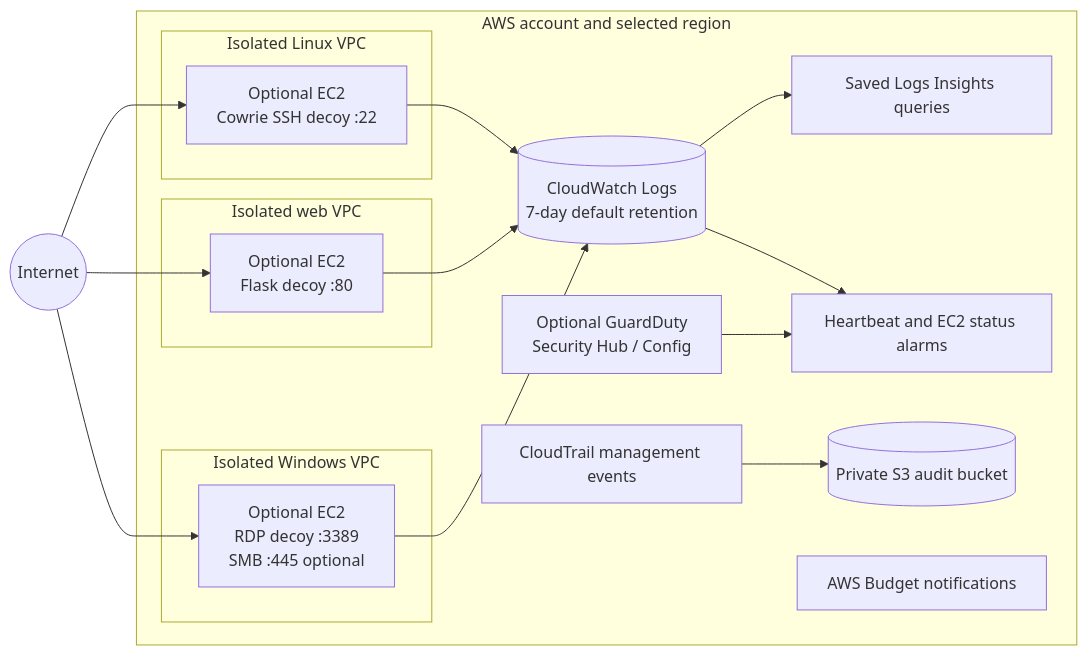
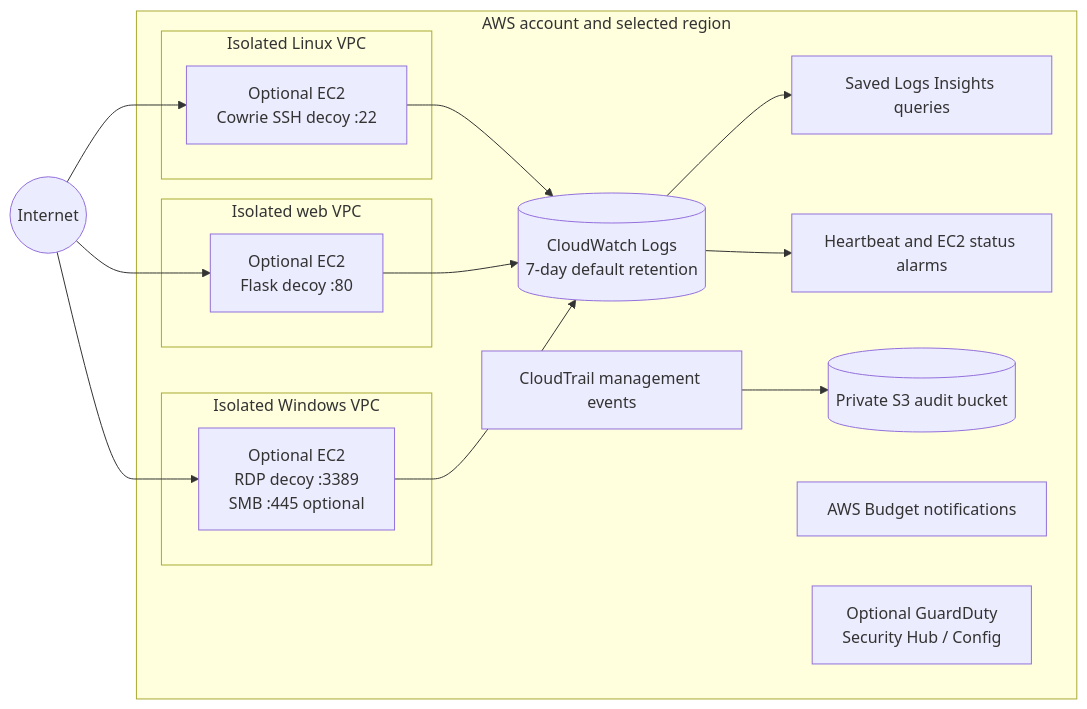
One commit to Bigsnack7/Terraform-Honeypot_Lab changed the diagram in README.md. Above: the diagram before and after it, drawn with Mermaid. The commit also changed other lines of this file, not shown here.

````diff
--- a/README.md
+++ b/README.md
@@ -52,32 +58,31 @@
 ```mermaid
 flowchart LR
   Internet((Internet))
   subgraph AWS["AWS account and selected region"]
     subgraph Linux["Isolated Linux VPC"]
       Cowrie["Optional EC2<br/>Cowrie SSH decoy :22"]
     end
     subgraph WebVPC["Isolated web VPC"]
       Web["Optional EC2<br/>Flask decoy :80"]
     end
     subgraph WindowsVPC["Isolated Windows VPC"]
       Windows["Optional EC2<br/>RDP decoy :3389<br/>SMB :445 optional"]
     end
     Logs[("CloudWatch Logs<br/>7-day default retention")]
     Queries["Saved Logs Insights queries"]
     Alarms["Heartbeat and EC2 status alarms"]
     Trail["CloudTrail management events"]
     Audit[("Private S3 audit bucket")]
     Budget["AWS Budget notifications"]
     Optional["Optional GuardDuty<br/>Security Hub / Config"]
   end
   Internet --> Cowrie
   Internet --> Web
   Internet --> Windows
   Cowrie --> Logs
   Web --> Logs
   Windows --> Logs
   Logs --> Queries
   Logs --> Alarms
   Trail --> Audit
-  Optional --> Alarms
 ```
````
